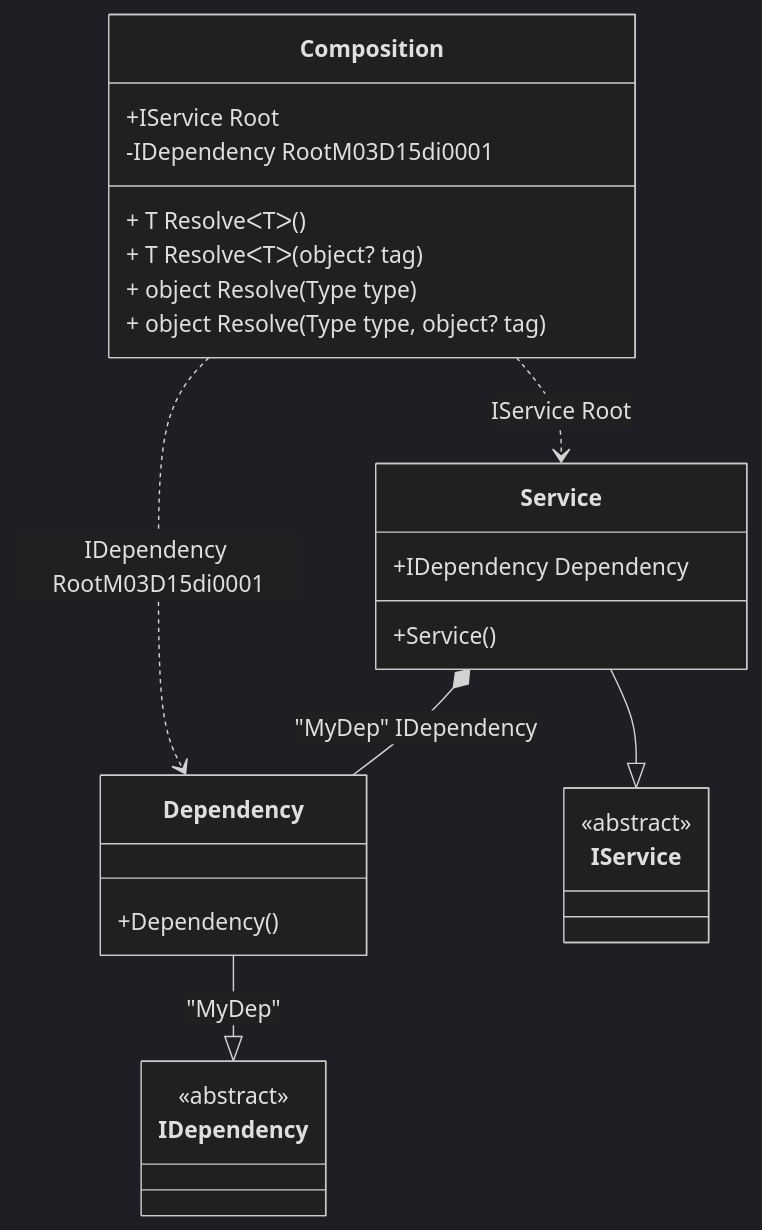
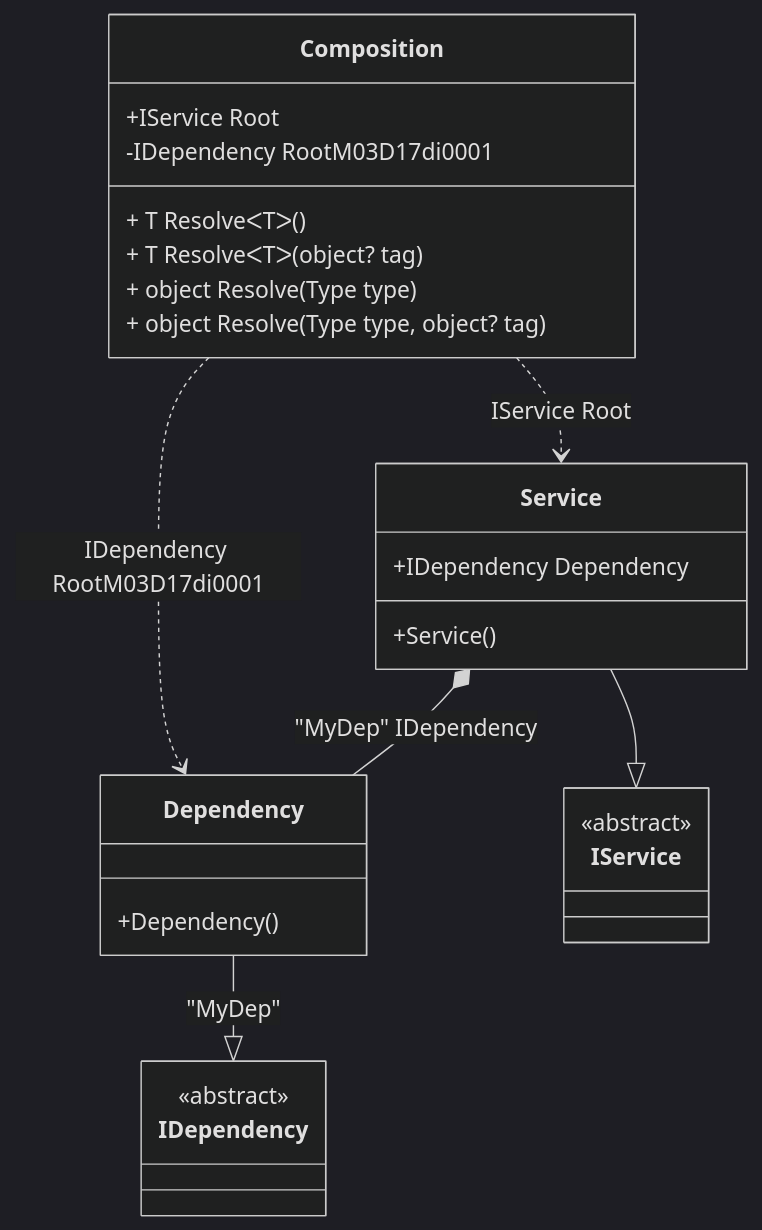
The diagram in readme/check-for-a-root.md (DevTeam/Pure.DI), drawn with Mermaid (dark theme) before and after one commit. The commit also changed other lines of this file and 76 other files, not shown here.

````diff
--- a/readme/check-for-a-root.md
+++ b/readme/check-for-a-root.md
@@ -63,29 +63,29 @@
 ```mermaid
 classDiagram
   class Composition {
     +IService Root
-    -IDependency RootM03D15di0001
+    -IDependency RootM03D17di0001
     + T ResolveᐸTᐳ()
     + T ResolveᐸTᐳ(object? tag)
     + object Resolve(Type type)
     + object Resolve(Type type, object? tag)
   }
   Dependency --|> IDependency : "MyDep" 
   class Dependency {
     +Dependency()
   }
   Service --|> IService : 
   class Service {
     +Service()
     +IDependency Dependency
   }
   class IDependency {
     <<abstract>>
   }
   class IService {
     <<abstract>>
   }
   Service *--  Dependency : "MyDep"  IDependency
-  Composition ..> Dependency : IDependency RootM03D15di0001
+  Composition ..> Dependency : IDependency RootM03D17di0001
   Composition ..> Service : IService Root
 ```
````
